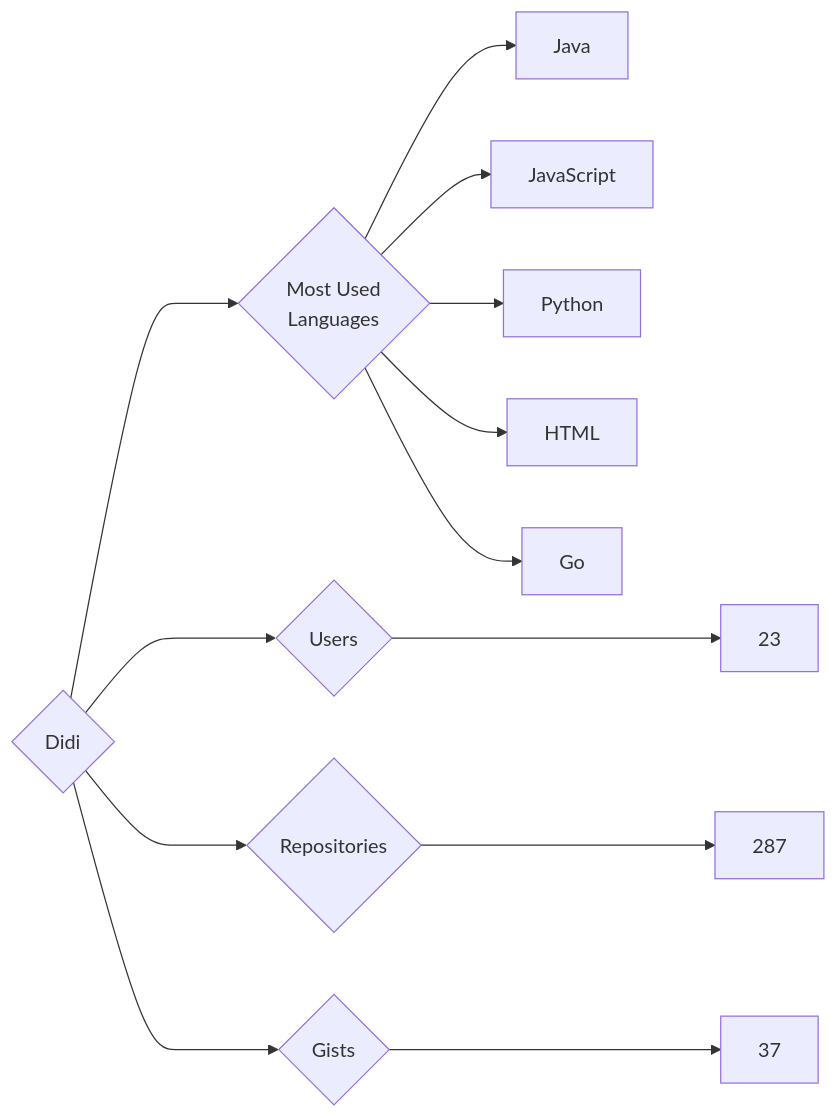
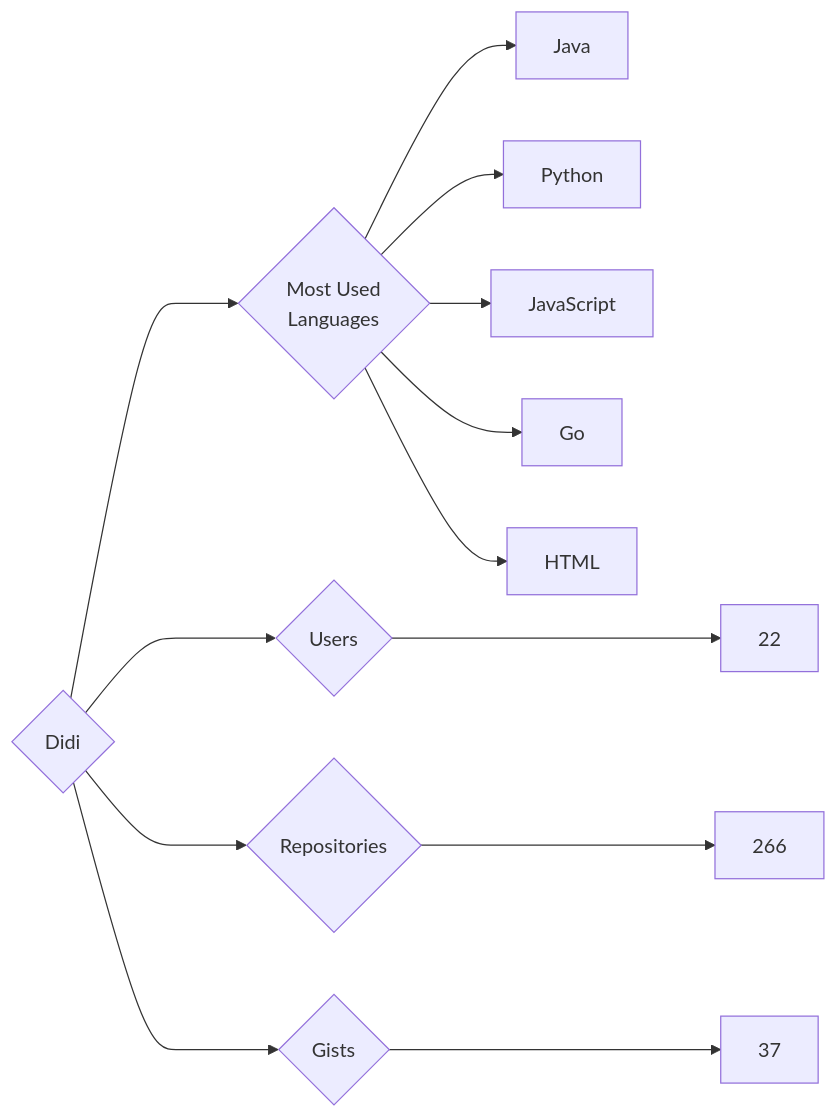
Before and after one commit to trickest/insiders: the diagram in targets/Didi/README.md, drawn with Mermaid. The commit also changed 545 other files, not shown here.

````diff
--- a/targets/Didi/README.md
+++ b/targets/Didi/README.md
@@ -3,13 +3,13 @@
 ```mermaid
 graph LR
 COMPANY_NAME{Didi}
-COMPANY_NAME ---> U{Users} ---> UN[23]
-COMPANY_NAME ---> R{Repositories} ---> RN[287]
+COMPANY_NAME ---> U{Users} ---> UN[22]
+COMPANY_NAME ---> R{Repositories} ---> RN[266]
 COMPANY_NAME ---> G{Gists} ---> GN[37]
 COMPANY_NAME ---> ML{Most Used<br>Languages}
 ML --> Java[Java]
+ML --> Python[Python]
 ML --> JavaScript[JavaScript]
-ML --> Python[Python]
+ML --> Go[Go]
 ML --> HTML[HTML]
-ML --> Go[Go]
 ```
````
